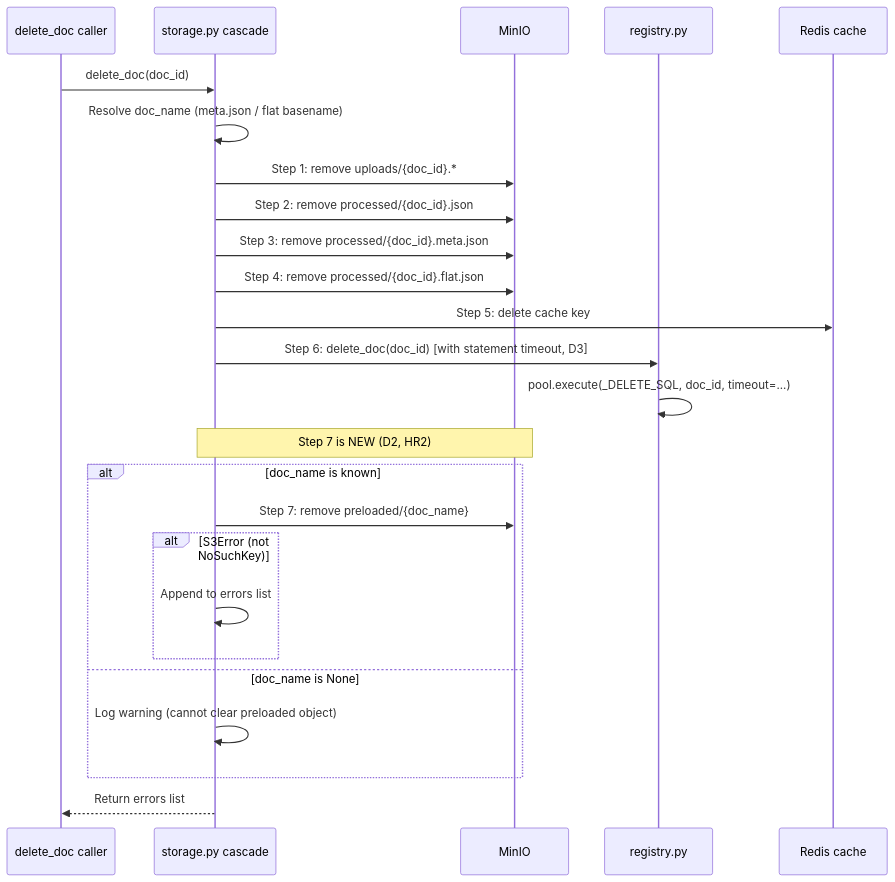
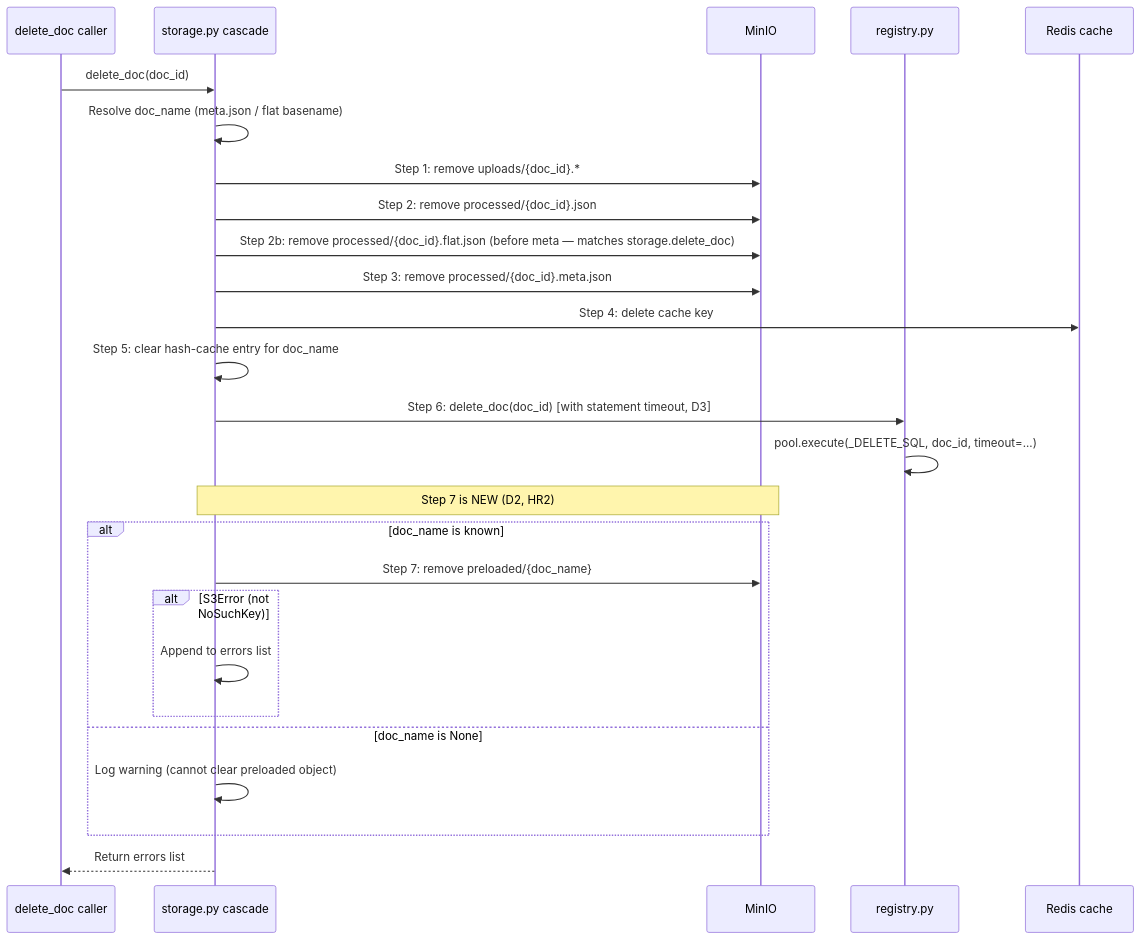
One commit to trehansalil/pageindex changed the second of 4 diagrams in .agents/designs/design-rfc011-compliance-auth-quickwins.md. Above: the diagram before and after it, drawn with Mermaid. The commit also changed other lines of this file and 13 other files, not shown here.

````diff
--- a/.agents/designs/design-rfc011-compliance-auth-quickwins.md
+++ b/.agents/designs/design-rfc011-compliance-auth-quickwins.md
@@ -126,31 +126,32 @@
 ```mermaid
 sequenceDiagram
   participant Caller as delete_doc caller
   participant S as storage.py cascade
   participant M as MinIO
   participant R as registry.py
   participant Redis as Redis cache
 
   Caller->>S: delete_doc(doc_id)
   S->>S: Resolve doc_name (meta.json / flat basename)
 
   S->>M: Step 1: remove uploads/{doc_id}.*
   S->>M: Step 2: remove processed/{doc_id}.json
+  S->>M: Step 2b: remove processed/{doc_id}.flat.json  (before meta — matches storage.delete_doc)
   S->>M: Step 3: remove processed/{doc_id}.meta.json
-  S->>M: Step 4: remove processed/{doc_id}.flat.json
-  S->>Redis: Step 5: delete cache key
+  S->>Redis: Step 4: delete cache key
+  S->>S: Step 5: clear hash-cache entry for doc_name
   S->>R: Step 6: delete_doc(doc_id) [with statement timeout, D3]
   R->>R: pool.execute(_DELETE_SQL, doc_id, timeout=...)
 
   Note over S,M: Step 7 is NEW (D2, HR2)
   alt doc_name is known
     S->>M: Step 7: remove preloaded/{doc_name}
     alt S3Error (not NoSuchKey)
       S->>S: Append to errors list
     end
   else doc_name is None
     S->>S: Log warning (cannot clear preloaded object)
   end
 
   S-->>Caller: Return errors list
 ```
````
